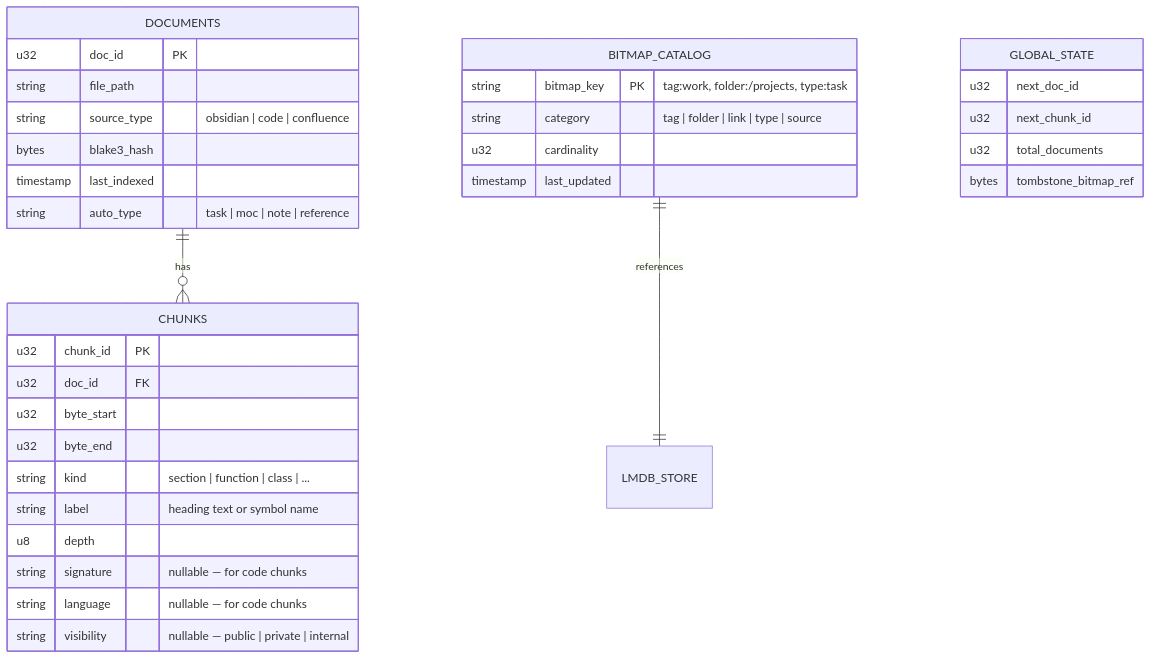
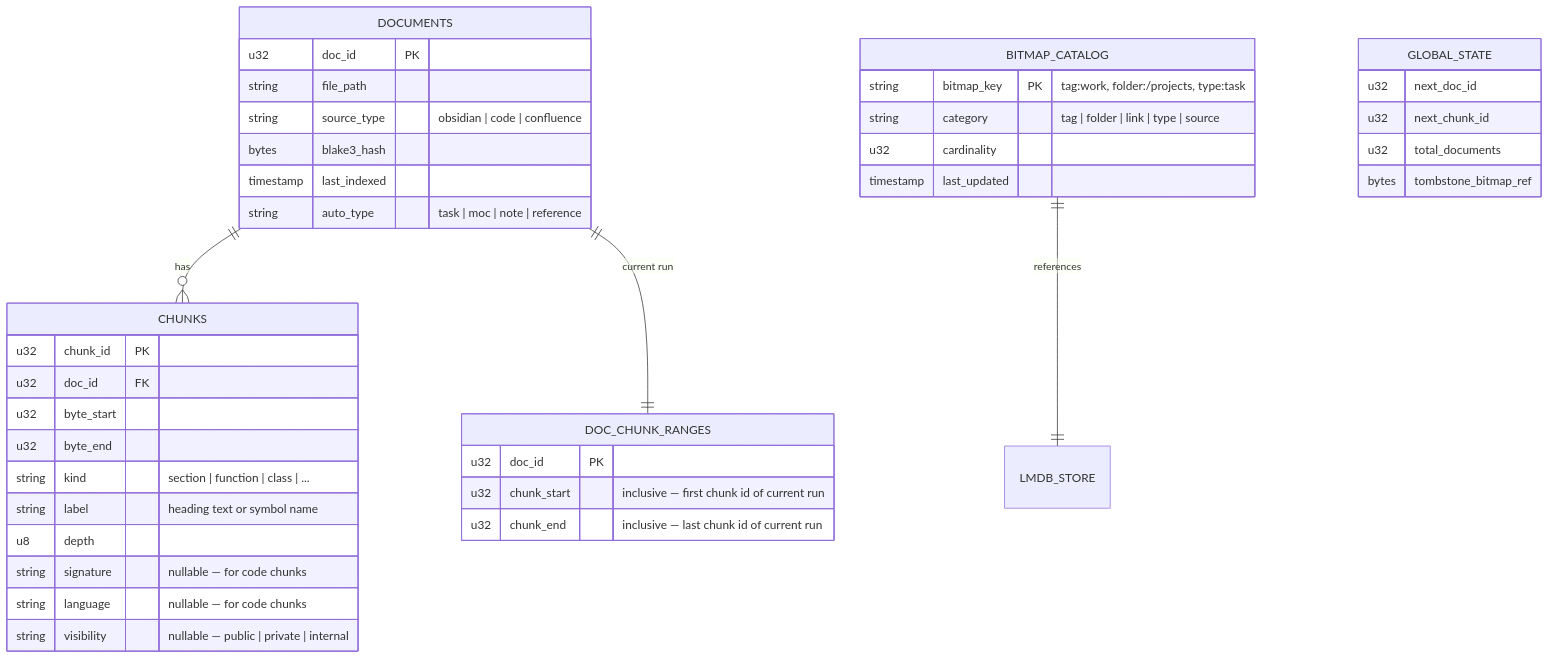
Before and after one commit to locusd-ai/locus: the fourth of 10 diagrams in docs/architecture/001-system-overview.md, drawn with Mermaid. The commit also changed other lines of this file and 6 other files, not shown here.

First line of the commit message:
feat(registry): pre-order chunk-id runs with doc_chunk_ranges index

````diff
--- a/docs/architecture/001-system-overview.md
+++ b/docs/architecture/001-system-overview.md
@@ -184,41 +184,48 @@
 ```mermaid
 erDiagram
     DOCUMENTS {
         u32 doc_id PK
         string file_path
         string source_type "obsidian | code | confluence"
         bytes blake3_hash
         timestamp last_indexed
         string auto_type "task | moc | note | reference"
     }
 
     CHUNKS {
         u32 chunk_id PK
         u32 doc_id FK
         u32 byte_start
         u32 byte_end
         string kind "section | function | class | ..."
         string label "heading text or symbol name"
         u8 depth
         string signature "nullable — for code chunks"
         string language "nullable — for code chunks"
         string visibility "nullable — public | private | internal"
     }
 
     BITMAP_CATALOG {
         string bitmap_key PK "tag:work, folder:/projects, type:task"
         string category "tag | folder | link | type | source"
         u32 cardinality
         timestamp last_updated
     }
 
     GLOBAL_STATE {
         u32 next_doc_id
         u32 next_chunk_id
         u32 total_documents
         bytes tombstone_bitmap_ref
     }
 
+    DOC_CHUNK_RANGES {
+        u32 doc_id PK
+        u32 chunk_start "inclusive — first chunk id of current run"
+        u32 chunk_end "inclusive — last chunk id of current run"
+    }
+
     DOCUMENTS ||--o{ CHUNKS : "has"
+    DOCUMENTS ||--|| DOC_CHUNK_RANGES : "current run"
     BITMAP_CATALOG ||--|| LMDB_STORE : "references"
 ```
````
